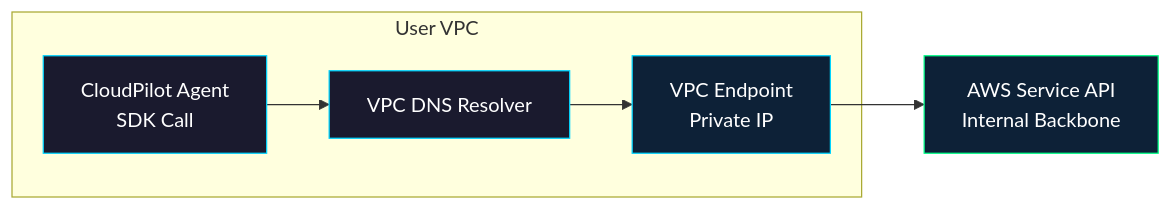
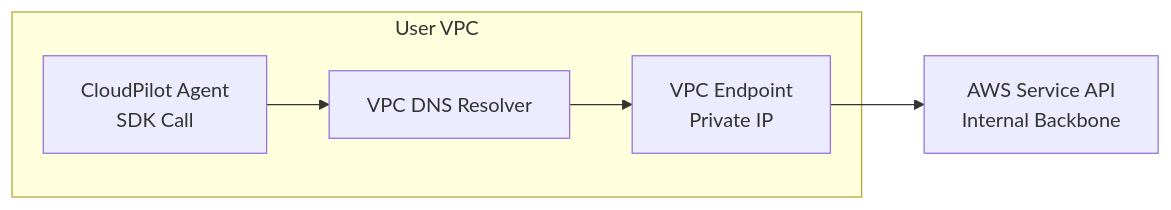
One commit to ritvikindupuri/aws-ai-agent changed diagram 12 of 21 in TECHNICAL_DOCUMENTATION.md. Above: the diagram before and after it, drawn with Mermaid. The commit also changed other lines of this file, not shown here.

````diff
--- a/TECHNICAL_DOCUMENTATION.md
+++ b/TECHNICAL_DOCUMENTATION.md
@@ -1335,13 +1287,8 @@
 ```mermaid
 graph LR
     subgraph "User VPC"
         A[CloudPilot Agent<br/>SDK Call] --> B[VPC DNS Resolver]
         B --> C[VPC Endpoint<br/>Private IP]
     end
     C --> D[AWS Service API<br/>Internal Backbone]
-
-    style A fill:#1a1a2e,stroke:#00d4ff,color:#fff
-    style B fill:#1a1a2e,stroke:#00d4ff,color:#fff
-    style C fill:#0d2137,stroke:#00d4ff,color:#fff
-    style D fill:#0d2137,stroke:#00ff88,color:#fff
 ```
````
